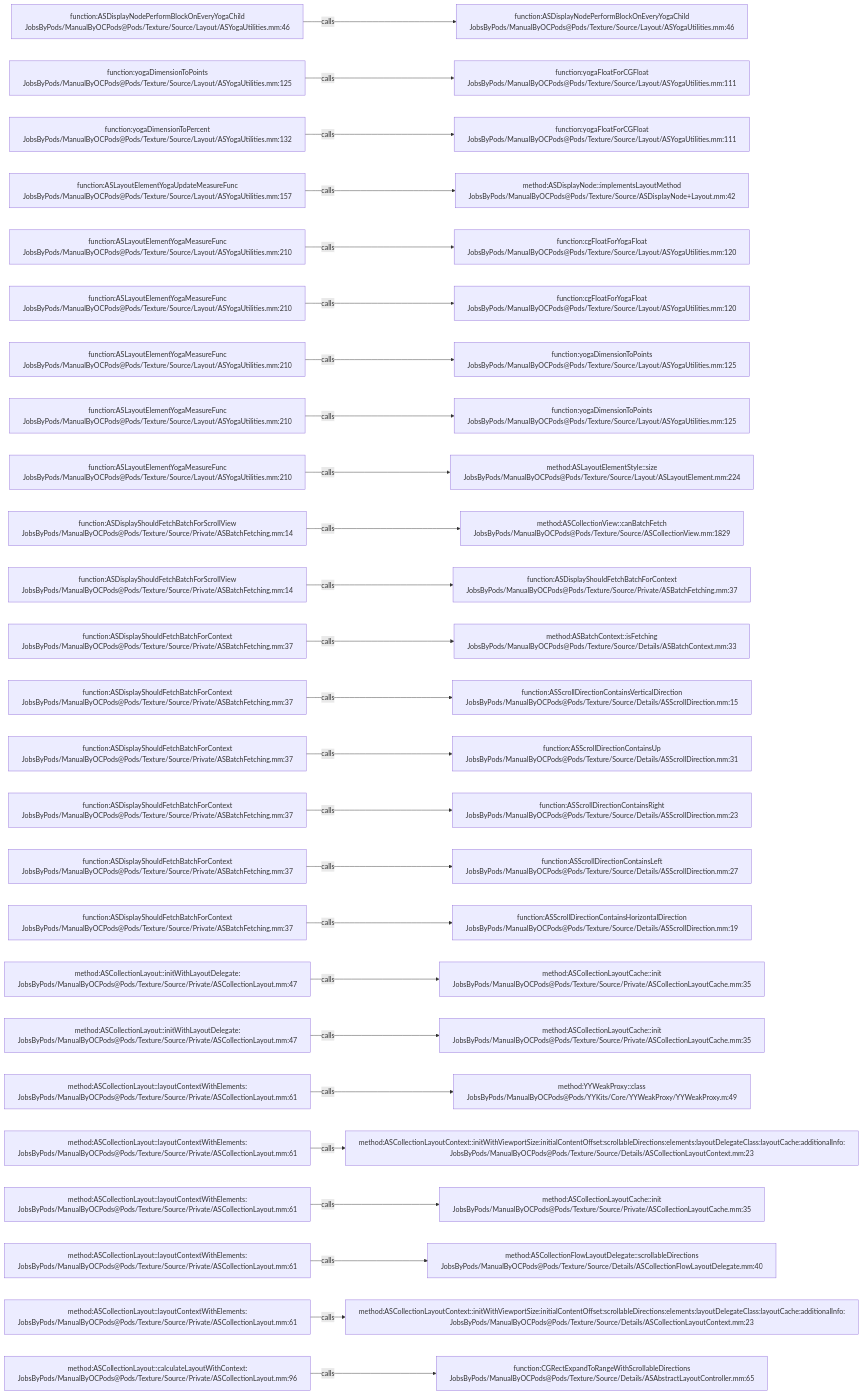
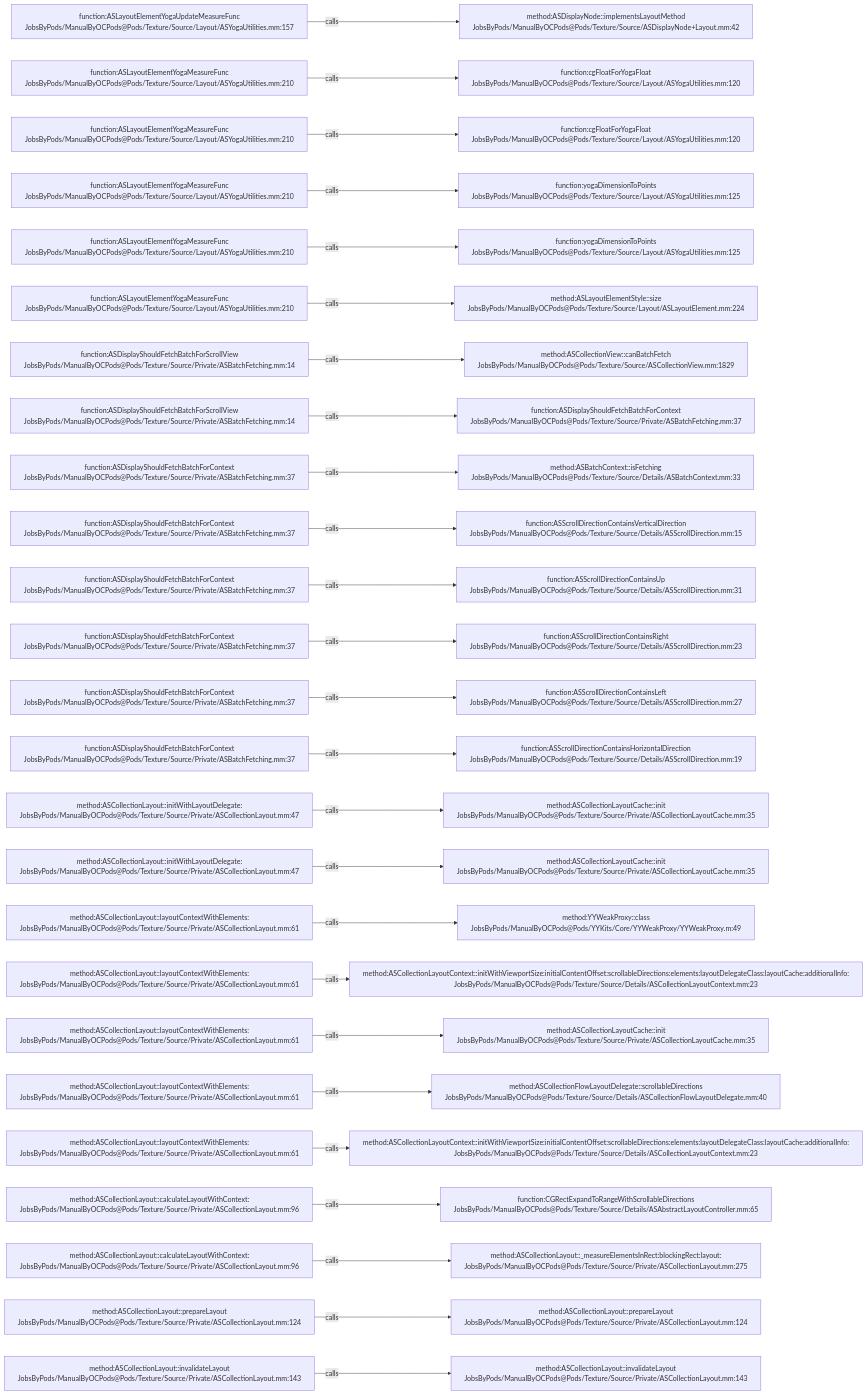
The diagram in .codegraph/codegraph.md/graphs/calls-186.md (JobsKits/JobsOCBaseConfigDemo), drawn with Mermaid before and after one commit. The commit also changed 342 other files, not shown here.

````diff
--- a/.codegraph/codegraph.md/graphs/calls-186.md
+++ b/.codegraph/codegraph.md/graphs/calls-186.md
@@ -13,78 +13,78 @@
 ```mermaid
 flowchart LR
-  S1["function:ASDisplayNodePerformBlockOnEveryYogaChild<br/>JobsByPods/ManualByOCPods@Pods/Texture/Source/Layout/ASYogaUtilities.mm:46"]
-  T1["function:ASDisplayNodePerformBlockOnEveryYogaChild<br/>JobsByPods/ManualByOCPods@Pods/Texture/Source/Layout/ASYogaUtilities.mm:46"]
+  S1["function:ASLayoutElementYogaUpdateMeasureFunc<br/>JobsByPods/ManualByOCPods@Pods/Texture/Source/Layout/ASYogaUtilities.mm:157"]
+  T1["method:ASDisplayNode::implementsLayoutMethod<br/>JobsByPods/ManualByOCPods@Pods/Texture/Source/ASDisplayNode+Layout.mm:42"]
   S1 -->|calls| T1
-  S2["function:yogaDimensionToPoints<br/>JobsByPods/ManualByOCPods@Pods/Texture/Source/Layout/ASYogaUtilities.mm:125"]
-  T2["function:yogaFloatForCGFloat<br/>JobsByPods/ManualByOCPods@Pods/Texture/Source/Layout/ASYogaUtilities.mm:111"]
+  S2["function:ASLayoutElementYogaMeasureFunc<br/>JobsByPods/ManualByOCPods@Pods/Texture/Source/Layout/ASYogaUtilities.mm:210"]
+  T2["function:cgFloatForYogaFloat<br/>JobsByPods/ManualByOCPods@Pods/Texture/Source/Layout/ASYogaUtilities.mm:120"]
   S2 -->|calls| T2
-  S3["function:yogaDimensionToPercent<br/>JobsByPods/ManualByOCPods@Pods/Texture/Source/Layout/ASYogaUtilities.mm:132"]
-  T3["function:yogaFloatForCGFloat<br/>JobsByPods/ManualByOCPods@Pods/Texture/Source/Layout/ASYogaUtilities.mm:111"]
+  S3["function:ASLayoutElementYogaMeasureFunc<br/>JobsByPods/ManualByOCPods@Pods/Texture/Source/Layout/ASYogaUtilities.mm:210"]
+  T3["function:cgFloatForYogaFloat<br/>JobsByPods/ManualByOCPods@Pods/Texture/Source/Layout/ASYogaUtilities.mm:120"]
   S3 -->|calls| T3
-  S4["function:ASLayoutElementYogaUpdateMeasureFunc<br/>JobsByPods/ManualByOCPods@Pods/Texture/Source/Layout/ASYogaUtilities.mm:157"]
-  T4["method:ASDisplayNode::implementsLayoutMethod<br/>JobsByPods/ManualByOCPods@Pods/Texture/Source/ASDisplayNode+Layout.mm:42"]
+  S4["function:ASLayoutElementYogaMeasureFunc<br/>JobsByPods/ManualByOCPods@Pods/Texture/Source/Layout/ASYogaUtilities.mm:210"]
+  T4["function:yogaDimensionToPoints<br/>JobsByPods/ManualByOCPods@Pods/Texture/Source/Layout/ASYogaUtilities.mm:125"]
   S4 -->|calls| T4
   S5["function:ASLayoutElementYogaMeasureFunc<br/>JobsByPods/ManualByOCPods@Pods/Texture/Source/Layout/ASYogaUtilities.mm:210"]
-  T5["function:cgFloatForYogaFloat<br/>JobsByPods/ManualByOCPods@Pods/Texture/Source/Layout/ASYogaUtilities.mm:120"]
+  T5["function:yogaDimensionToPoints<br/>JobsByPods/ManualByOCPods@Pods/Texture/Source/Layout/ASYogaUtilities.mm:125"]
   S5 -->|calls| T5
   S6["function:ASLayoutElementYogaMeasureFunc<br/>JobsByPods/ManualByOCPods@Pods/Texture/Source/Layout/ASYogaUtilities.mm:210"]
-  T6["function:cgFloatForYogaFloat<br/>JobsByPods/ManualByOCPods@Pods/Texture/Source/Layout/ASYogaUtilities.mm:120"]
+  T6["method:ASLayoutElementStyle::size<br/>JobsByPods/ManualByOCPods@Pods/Texture/Source/Layout/ASLayoutElement.mm:224"]
   S6 -->|calls| T6
-  S7["function:ASLayoutElementYogaMeasureFunc<br/>JobsByPods/ManualByOCPods@Pods/Texture/Source/Layout/ASYogaUtilities.mm:210"]
-  T7["function:yogaDimensionToPoints<br/>JobsByPods/ManualByOCPods@Pods/Texture/Source/Layout/ASYogaUtilities.mm:125"]
+  S7["function:ASDisplayShouldFetchBatchForScrollView<br/>JobsByPods/ManualByOCPods@Pods/Texture/Source/Private/ASBatchFetching.mm:14"]
+  T7["method:ASCollectionView::canBatchFetch<br/>JobsByPods/ManualByOCPods@Pods/Texture/Source/ASCollectionView.mm:1829"]
   S7 -->|calls| T7
-  S8["function:ASLayoutElementYogaMeasureFunc<br/>JobsByPods/ManualByOCPods@Pods/Texture/Source/Layout/ASYogaUtilities.mm:210"]
-  T8["function:yogaDimensionToPoints<br/>JobsByPods/ManualByOCPods@Pods/Texture/Source/Layout/ASYogaUtilities.mm:125"]
+  S8["function:ASDisplayShouldFetchBatchForScrollView<br/>JobsByPods/ManualByOCPods@Pods/Texture/Source/Private/ASBatchFetching.mm:14"]
+  T8["function:ASDisplayShouldFetchBatchForContext<br/>JobsByPods/ManualByOCPods@Pods/Texture/Source/Private/ASBatchFetching.mm:37"]
   S8 -->|calls| T8
-  S9["function:ASLayoutElementYogaMeasureFunc<br/>JobsByPods/ManualByOCPods@Pods/Texture/Source/Layout/ASYogaUtilities.mm:210"]
-  T9["method:ASLayoutElementStyle::size<br/>JobsByPods/ManualByOCPods@Pods/Texture/Source/Layout/ASLayoutElement.mm:224"]
+  S9["function:ASDisplayShouldFetchBatchForContext<br/>JobsByPods/ManualByOCPods@Pods/Texture/Source/Private/ASBatchFetching.mm:37"]
+  T9["method:ASBatchContext::isFetching<br/>JobsByPods/ManualByOCPods@Pods/Texture/Source/Details/ASBatchContext.mm:33"]
   S9 -->|calls| T9
-  S10["function:ASDisplayShouldFetchBatchForScrollView<br/>JobsByPods/ManualByOCPods@Pods/Texture/Source/Private/ASBatchFetching.mm:14"]
-  T10["method:ASCollectionView::canBatchFetch<br/>JobsByPods/ManualByOCPods@Pods/Texture/Source/ASCollectionView.mm:1829"]
+  S10["function:ASDisplayShouldFetchBatchForContext<br/>JobsByPods/ManualByOCPods@Pods/Texture/Source/Private/ASBatchFetching.mm:37"]
+  T10["function:ASScrollDirectionContainsVerticalDirection<br/>JobsByPods/ManualByOCPods@Pods/Texture/Source/Details/ASScrollDirection.mm:15"]
   S10 -->|calls| T10
-  S11["function:ASDisplayShouldFetchBatchForScrollView<br/>JobsByPods/ManualByOCPods@Pods/Texture/Source/Private/ASBatchFetching.mm:14"]
-  T11["function:ASDisplayShouldFetchBatchForContext<br/>JobsByPods/ManualByOCPods@Pods/Texture/Source/Private/ASBatchFetching.mm:37"]
+  S11["function:ASDisplayShouldFetchBatchForContext<br/>JobsByPods/ManualByOCPods@Pods/Texture/Source/Private/ASBatchFetching.mm:37"]
+  T11["function:ASScrollDirectionContainsUp<br/>JobsByPods/ManualByOCPods@Pods/Texture/Source/Details/ASScrollDirection.mm:31"]
   S11 -->|calls| T11
   S12["function:ASDisplayShouldFetchBatchForContext<br/>JobsByPods/ManualByOCPods@Pods/Texture/Source/Private/ASBatchFetching.mm:37"]
-  T12["method:ASBatchContext::isFetching<br/>JobsByPods/ManualByOCPods@Pods/Texture/Source/Details/ASBatchContext.mm:33"]
+  T12["function:ASScrollDirectionContainsRight<br/>JobsByPods/ManualByOCPods@Pods/Texture/Source/Details/ASScrollDirection.mm:23"]
   S12 -->|calls| T12
   S13["function:ASDisplayShouldFetchBatchForContext<br/>JobsByPods/ManualByOCPods@Pods/Texture/Source/Private/ASBatchFetching.mm:37"]
-  T13["function:ASScrollDirectionContainsVerticalDirection<br/>JobsByPods/ManualByOCPods@Pods/Texture/Source/Details/ASScrollDirection.mm:15"]
+  T13["function:ASScrollDirectionContainsLeft<br/>JobsByPods/ManualByOCPods@Pods/Texture/Source/Details/ASScrollDirection.mm:27"]
   S13 -->|calls| T13
   S14["function:ASDisplayShouldFetchBatchForContext<br/>JobsByPods/ManualByOCPods@Pods/Texture/Source/Private/ASBatchFetching.mm:37"]
-  T14["function:ASScrollDirectionContainsUp<br/>JobsByPods/ManualByOCPods@Pods/Texture/Source/Details/ASScrollDirection.mm:31"]
+  T14["function:ASScrollDirectionContainsHorizontalDirection<br/>JobsByPods/ManualByOCPods@Pods/Texture/Source/Details/ASScrollDirection.mm:19"]
   S14 -->|calls| T14
-  S15["function:ASDisplayShouldFetchBatchForContext<br/>JobsByPods/ManualByOCPods@Pods/Texture/Source/Private/ASBatchFetching.mm:37"]
-  T15["function:ASScrollDirectionContainsRight<br/>JobsByPods/ManualByOCPods@Pods/Texture/Source/Details/ASScrollDirection.mm:23"]
+  S15["method:ASCollectionLayout::initWithLayoutDelegate:<br/>JobsByPods/ManualByOCPods@Pods/Texture/Source/Private/ASCollectionLayout.mm:47"]
+  T15["method:ASCollectionLayoutCache::init<br/>JobsByPods/ManualByOCPods@Pods/Texture/Source/Private/ASCollectionLayoutCache.mm:35"]
   S15 -->|calls| T15
-  S16["function:ASDisplayShouldFetchBatchForContext<br/>JobsByPods/ManualByOCPods@Pods/Texture/Source/Private/ASBatchFetching.mm:37"]
-  T16["function:ASScrollDirectionContainsLeft<br/>JobsByPods/ManualByOCPods@Pods/Texture/Source/Details/ASScrollDirection.mm:27"]
+  S16["method:ASCollectionLayout::initWithLayoutDelegate:<br/>JobsByPods/ManualByOCPods@Pods/Texture/Source/Private/ASCollectionLayout.mm:47"]
+  T16["method:ASCollectionLayoutCache::init<br/>JobsByPods/ManualByOCPods@Pods/Texture/Source/Private/ASCollectionLayoutCache.mm:35"]
   S16 -->|calls| T16
-  S17["function:ASDisplayShouldFetchBatchForContext<br/>JobsByPods/ManualByOCPods@Pods/Texture/Source/Private/ASBatchFetching.mm:37"]
-  T17["function:ASScrollDirectionContainsHorizontalDirection<br/>JobsByPods/ManualByOCPods@Pods/Texture/Source/Details/ASScrollDirection.mm:19"]
+  S17["method:ASCollectionLayout::layoutContextWithElements:<br/>JobsByPods/ManualByOCPods@Pods/Texture/Source/Private/ASCollectionLayout.mm:61"]
+  T17["method:YYWeakProxy::class<br/>JobsByPods/ManualByOCPods@Pods/YYKits/Core/YYWeakProxy/YYWeakProxy.m:49"]
   S17 -->|calls| T17
-  S18["method:ASCollectionLayout::initWithLayoutDelegate:<br/>JobsByPods/ManualByOCPods@Pods/Texture/Source/Private/ASCollectionLayout.mm:47"]
-  T18["method:ASCollectionLayoutCache::init<br/>JobsByPods/ManualByOCPods@Pods/Texture/Source/Private/ASCollectionLayoutCache.mm:35"]
+  S18["method:ASCollectionLayout::layoutContextWithElements:<br/>JobsByPods/ManualByOCPods@Pods/Texture/Source/Private/ASCollectionLayout.mm:61"]
+  T18["method:ASCollectionLayoutContext::initWithViewportSize:initialContentOffset:scrollableDirections:elements:layoutDelegateClass:layoutCache:additionalInfo:<br/>JobsByPods/ManualByOCPods@Pods/Texture/Source/Details/ASCollectionLayoutContext.mm:23"]
   S18 -->|calls| T18
-  S19["method:ASCollectionLayout::initWithLayoutDelegate:<br/>JobsByPods/ManualByOCPods@Pods/Texture/Source/Private/ASCollectionLayout.mm:47"]
+  S19["method:ASCollectionLayout::layoutContextWithElements:<br/>JobsByPods/ManualByOCPods@Pods/Texture/Source/Private/ASCollectionLayout.mm:61"]
   T19["method:ASCollectionLayoutCache::init<br/>JobsByPods/ManualByOCPods@Pods/Texture/Source/Private/ASCollectionLayoutCache.mm:35"]
   S19 -->|calls| T19
   S20["method:ASCollectionLayout::layoutContextWithElements:<br/>JobsByPods/ManualByOCPods@Pods/Texture/Source/Private/ASCollectionLayout.mm:61"]
-  T20["method:YYWeakProxy::class<br/>JobsByPods/ManualByOCPods@Pods/YYKits/Core/YYWeakProxy/YYWeakProxy.m:49"]
+  T20["method:ASCollectionFlowLayoutDelegate::scrollableDirections<br/>JobsByPods/ManualByOCPods@Pods/Texture/Source/Details/ASCollectionFlowLayoutDelegate.mm:40"]
   S20 -->|calls| T20
   S21["method:ASCollectionLayout::layoutContextWithElements:<br/>JobsByPods/ManualByOCPods@Pods/Texture/Source/Private/ASCollectionLayout.mm:61"]
   T21["method:ASCollectionLayoutContext::initWithViewportSize:initialContentOffset:scrollableDirections:elements:layoutDelegateClass:layoutCache:additionalInfo:<br/>JobsByPods/ManualByOCPods@Pods/Texture/Source/Details/ASCollectionLayoutContext.mm:23"]
   S21 -->|calls| T21
-  S22["method:ASCollectionLayout::layoutContextWithElements:<br/>JobsByPods/ManualByOCPods@Pods/Texture/Source/Private/ASCollectionLayout.mm:61"]
-  T22["method:ASCollectionLayoutCache::init<br/>JobsByPods/ManualByOCPods@Pods/Texture/Source/Private/ASCollectionLayoutCache.mm:35"]
+  S22["method:ASCollectionLayout::calculateLayoutWithContext:<br/>JobsByPods/ManualByOCPods@Pods/Texture/Source/Private/ASCollectionLayout.mm:96"]
+  T22["function:CGRectExpandToRangeWithScrollableDirections<br/>JobsByPods/ManualByOCPods@Pods/Texture/Source/Details/ASAbstractLayoutController.mm:65"]
   S22 -->|calls| T22
-  S23["method:ASCollectionLayout::layoutContextWithElements:<br/>JobsByPods/ManualByOCPods@Pods/Texture/Source/Private/ASCollectionLayout.mm:61"]
-  T23["method:ASCollectionFlowLayoutDelegate::scrollableDirections<br/>JobsByPods/ManualByOCPods@Pods/Texture/Source/Details/ASCollectionFlowLayoutDelegate.mm:40"]
+  S23["method:ASCollectionLayout::calculateLayoutWithContext:<br/>JobsByPods/ManualByOCPods@Pods/Texture/Source/Private/ASCollectionLayout.mm:96"]
+  T23["method:ASCollectionLayout::_measureElementsInRect:blockingRect:layout:<br/>JobsByPods/ManualByOCPods@Pods/Texture/Source/Private/ASCollectionLayout.mm:275"]
   S23 -->|calls| T23
-  S24["method:ASCollectionLayout::layoutContextWithElements:<br/>JobsByPods/ManualByOCPods@Pods/Texture/Source/Private/ASCollectionLayout.mm:61"]
-  T24["method:ASCollectionLayoutContext::initWithViewportSize:initialContentOffset:scrollableDirections:elements:layoutDelegateClass:layoutCache:additionalInfo:<br/>JobsByPods/ManualByOCPods@Pods/Texture/Source/Details/ASCollectionLayoutContext.mm:23"]
+  S24["method:ASCollectionLayout::prepareLayout<br/>JobsByPods/ManualByOCPods@Pods/Texture/Source/Private/ASCollectionLayout.mm:124"]
+  T24["method:ASCollectionLayout::prepareLayout<br/>JobsByPods/ManualByOCPods@Pods/Texture/Source/Private/ASCollectionLayout.mm:124"]
   S24 -->|calls| T24
-  S25["method:ASCollectionLayout::calculateLayoutWithContext:<br/>JobsByPods/ManualByOCPods@Pods/Texture/Source/Private/ASCollectionLayout.mm:96"]
-  T25["function:CGRectExpandToRangeWithScrollableDirections<br/>JobsByPods/ManualByOCPods@Pods/Texture/Source/Details/ASAbstractLayoutController.mm:65"]
+  S25["method:ASCollectionLayout::invalidateLayout<br/>JobsByPods/ManualByOCPods@Pods/Texture/Source/Private/ASCollectionLayout.mm:143"]
+  T25["method:ASCollectionLayout::invalidateLayout<br/>JobsByPods/ManualByOCPods@Pods/Texture/Source/Private/ASCollectionLayout.mm:143"]
   S25 -->|calls| T25
 ```
````
